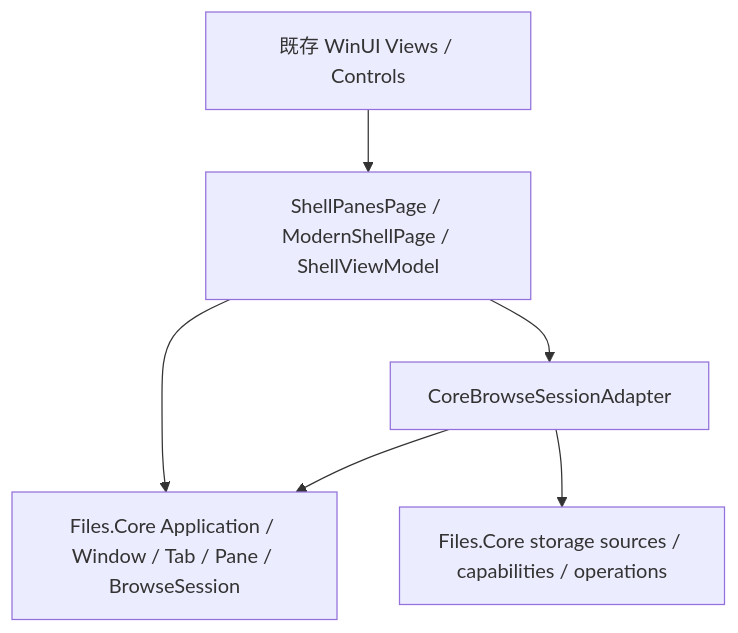
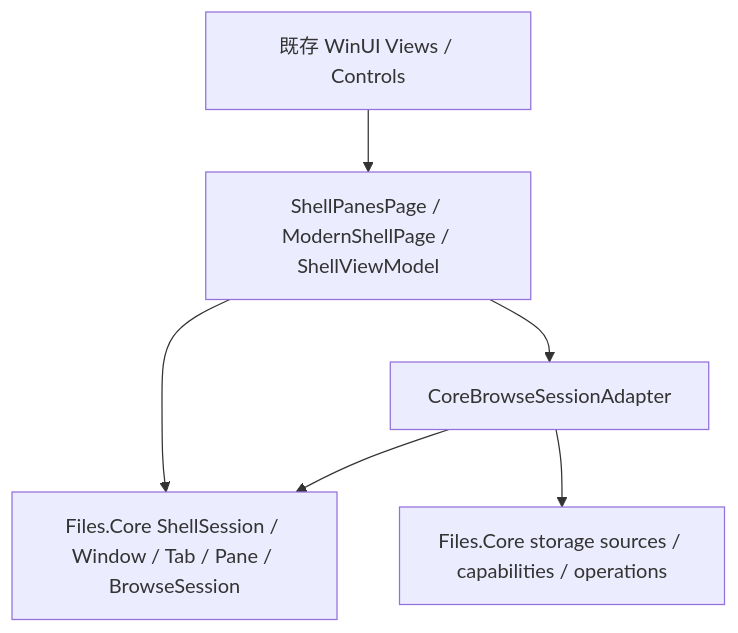
The first of 4 diagrams in docs/files-app.md (0x5bfa/ReFiles), drawn with Mermaid before and after one commit. The commit also changed other lines of this file and 93 other files, not shown here.

Commit message:
Rearchitect application state management

````diff
--- a/docs/files-app.md
+++ b/docs/files-app.md
@@ -9,14 +9,14 @@
 ```mermaid
 flowchart TB
     Views["既存 WinUI Views / Controls"]
     Shell["ShellPanesPage / ModernShellPage / ShellViewModel"]
     Adapter["CoreBrowseSessionAdapter"]
-    Models["Files.Core Application / Window / Tab / Pane / BrowseSession"]
+    Models["Files.Core ShellSession / Window / Tab / Pane / BrowseSession"]
     Services["Files.Core storage sources / capabilities / operations"]
 
     Views --> Shell
     Shell --> Adapter
     Shell --> Models
     Adapter --> Models
     Adapter --> Services
 ```
````
